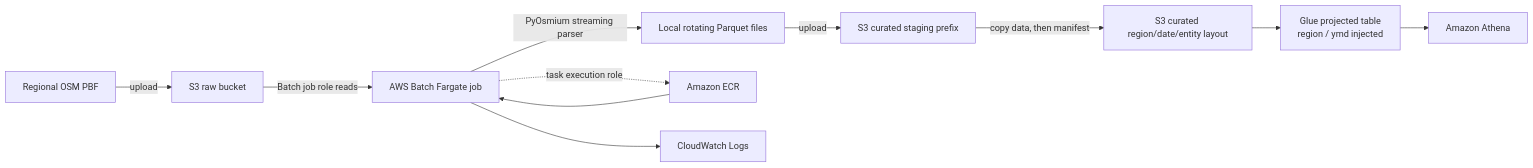
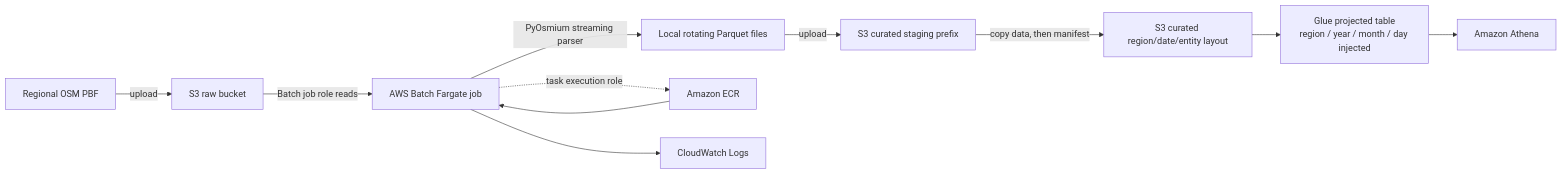
The diagram in docs/architecture.mmd (aarigonimi/aws-pbf-dataparser), drawn with Mermaid before and after one commit. The commit also changed 26 other files, not shown here.

```diff
--- a/docs/architecture.mmd
+++ b/docs/architecture.mmd
@@ -1,12 +1,12 @@
 flowchart LR
     PBF[Regional OSM PBF] -->|upload| RAW[S3 raw bucket]
     RAW -->|Batch job role reads| JOB[AWS Batch Fargate job]
     JOB -->|PyOsmium streaming parser| PARQUET[Local rotating Parquet files]
     PARQUET -->|upload| STAGE[S3 curated staging prefix]
     STAGE -->|copy data, then manifest| CURATED[S3 curated region/date/entity layout]
-    CURATED --> CATALOG[Glue projected table<br/>region / ymd injected]
+    CURATED --> CATALOG[Glue projected table<br/>region / year / month / day injected]
     CATALOG --> ATHENA[Amazon Athena]
 
     ECR[Amazon ECR] --> JOB
     JOB --> CW[CloudWatch Logs]
     JOB -. task execution role .-> ECR
```
